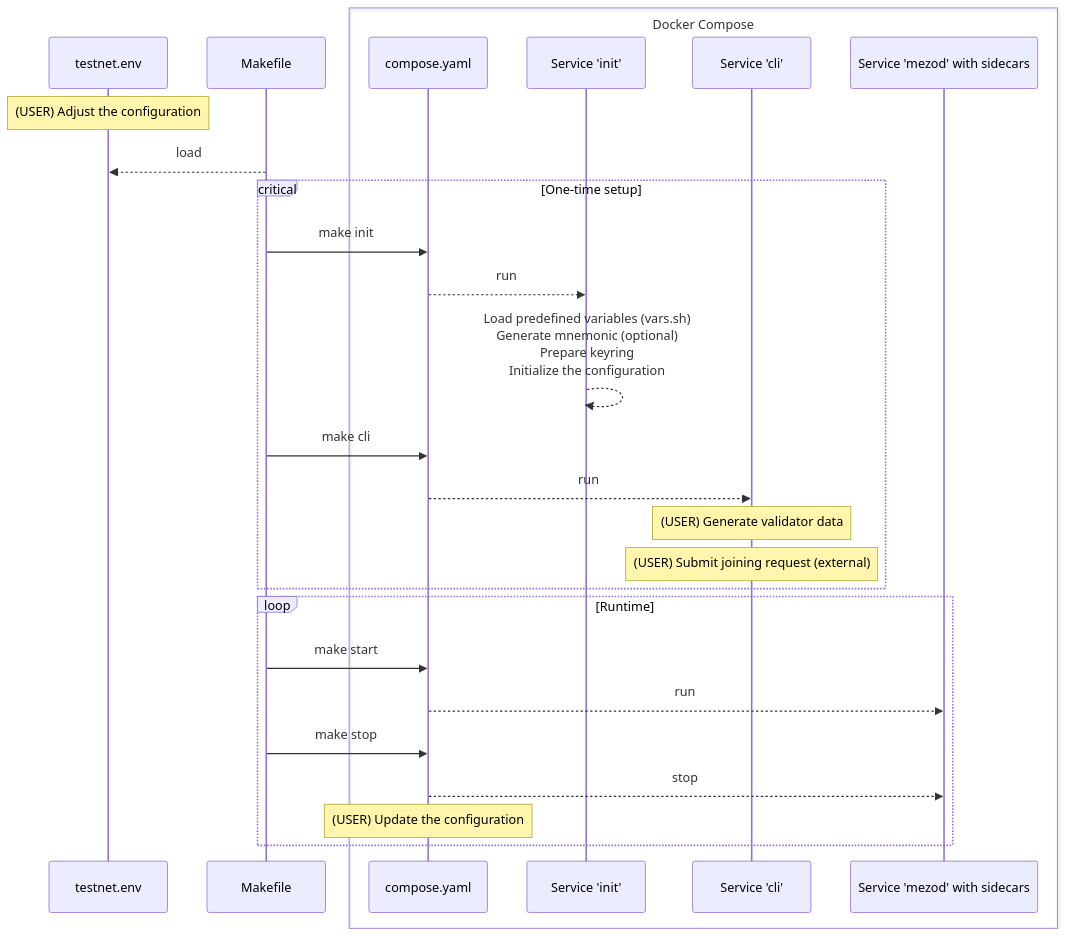
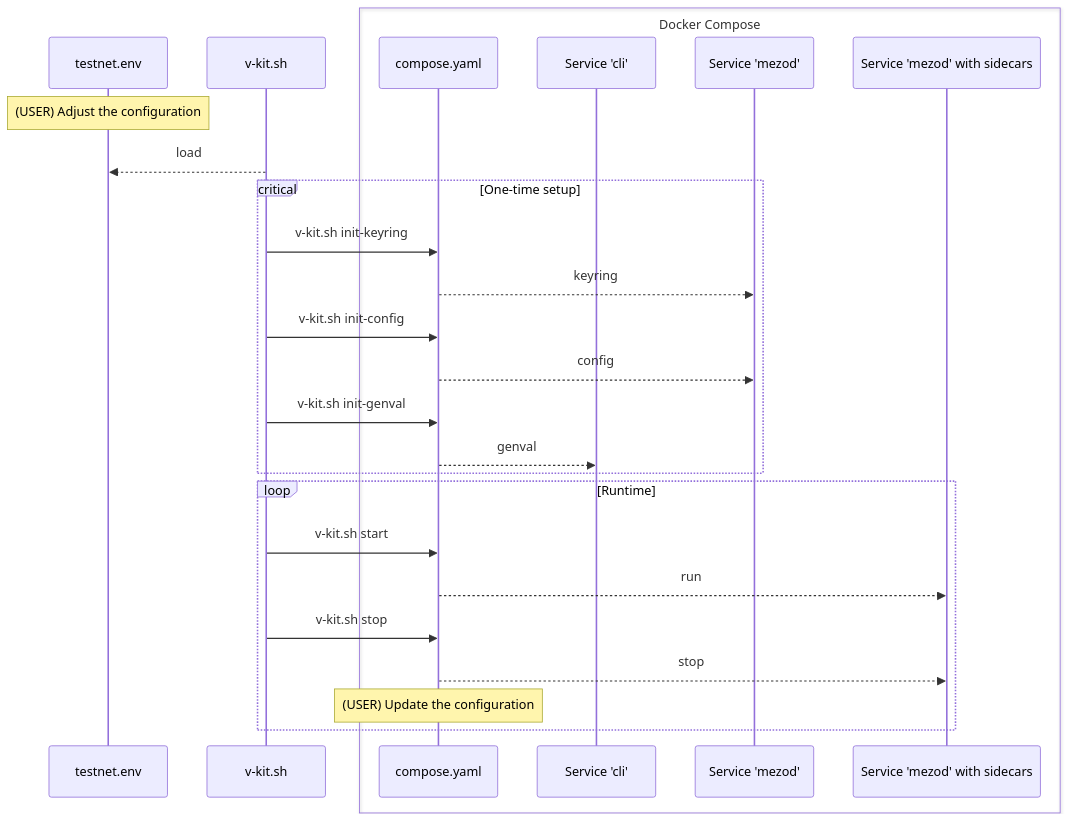
Before and after one commit to mezo-org/mezod: the diagram in deployment/docker/README.md, drawn with Mermaid. The commit also changed other lines of this file and 6 other files, not shown here.

Commit message:
Switch Makefile to v-kit.sh

````diff
--- a/deployment/docker/README.md
+++ b/deployment/docker/README.md
@@ -15,32 +15,31 @@
 ```mermaid
 sequenceDiagram
   participant testnet.env
-  participant Makefile
+  participant v-kit.sh
   box Docker Compose
     participant compose.yaml
-    participant init as Service 'init'
     participant cli as Service 'cli'
-    participant mezod as Service 'mezod' with sidecars
+    participant mezod as Service 'mezod'
+    participant mezod-and-sidecars as Service 'mezod' with sidecars
   end
 
   Note over testnet.env: (USER) Adjust the configuration
-  Makefile -->> testnet.env: load
+  v-kit.sh -->> testnet.env: load
 
   critical One-time setup
-    Makefile ->> compose.yaml: make init
-    compose.yaml -->> init: run
-    init -->> init: Load predefined variables (vars.sh)<br/>Generate mnemonic (optional)<br/>Prepare keyring<br/>Initialize the configuration
-    Makefile ->> compose.yaml: make cli
-    compose.yaml -->> cli: run
-    Note over cli: (USER) Generate validator data
-    Note over cli: (USER) Submit joining request (external)
+    v-kit.sh ->> compose.yaml: v-kit.sh init-keyring
+    compose.yaml -->> mezod: keyring
+    v-kit.sh ->> compose.yaml: v-kit.sh init-config
+    compose.yaml -->> mezod: config
+    v-kit.sh ->> compose.yaml: v-kit.sh init-genval
+    compose.yaml -->> cli: genval
   end
 
   loop Runtime
-    Makefile ->> compose.yaml: make start
-    compose.yaml -->> mezod: run
-    Makefile ->> compose.yaml: make stop
-    compose.yaml -->> mezod: stop
+    v-kit.sh ->> compose.yaml: v-kit.sh start
+    compose.yaml -->> mezod-and-sidecars: run
+    v-kit.sh ->> compose.yaml: v-kit.sh stop
+    compose.yaml -->> mezod-and-sidecars: stop
     Note over compose.yaml: (USER) Update the configuration
   end
 ```
````
